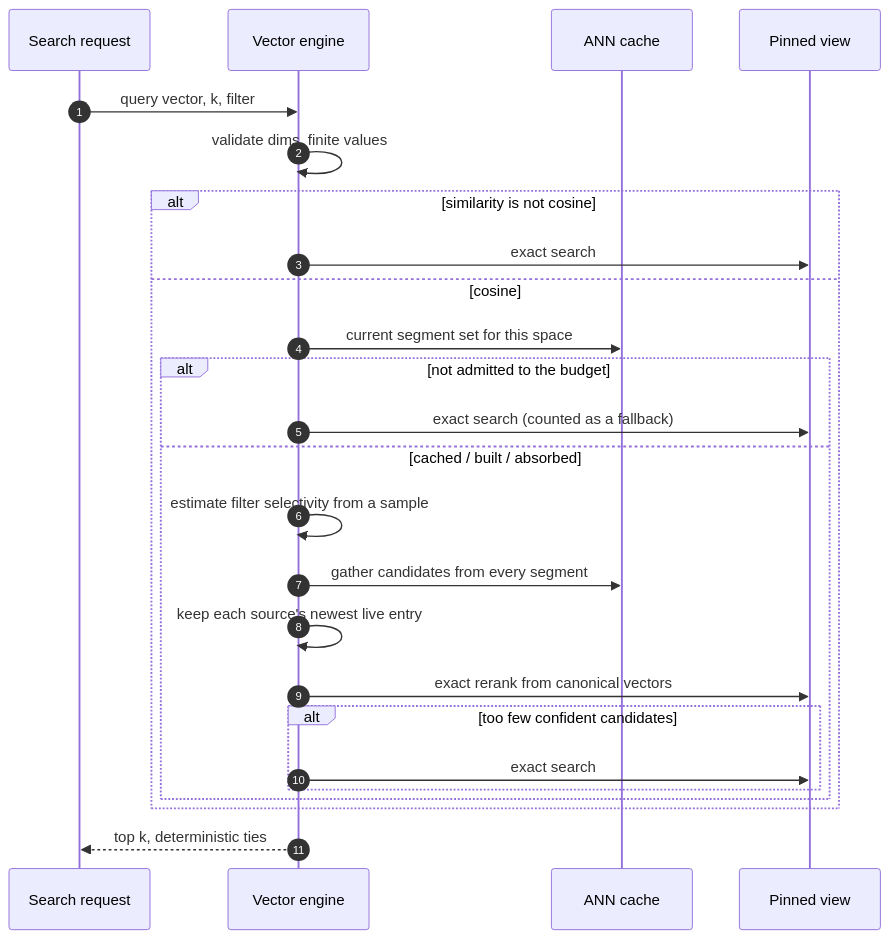
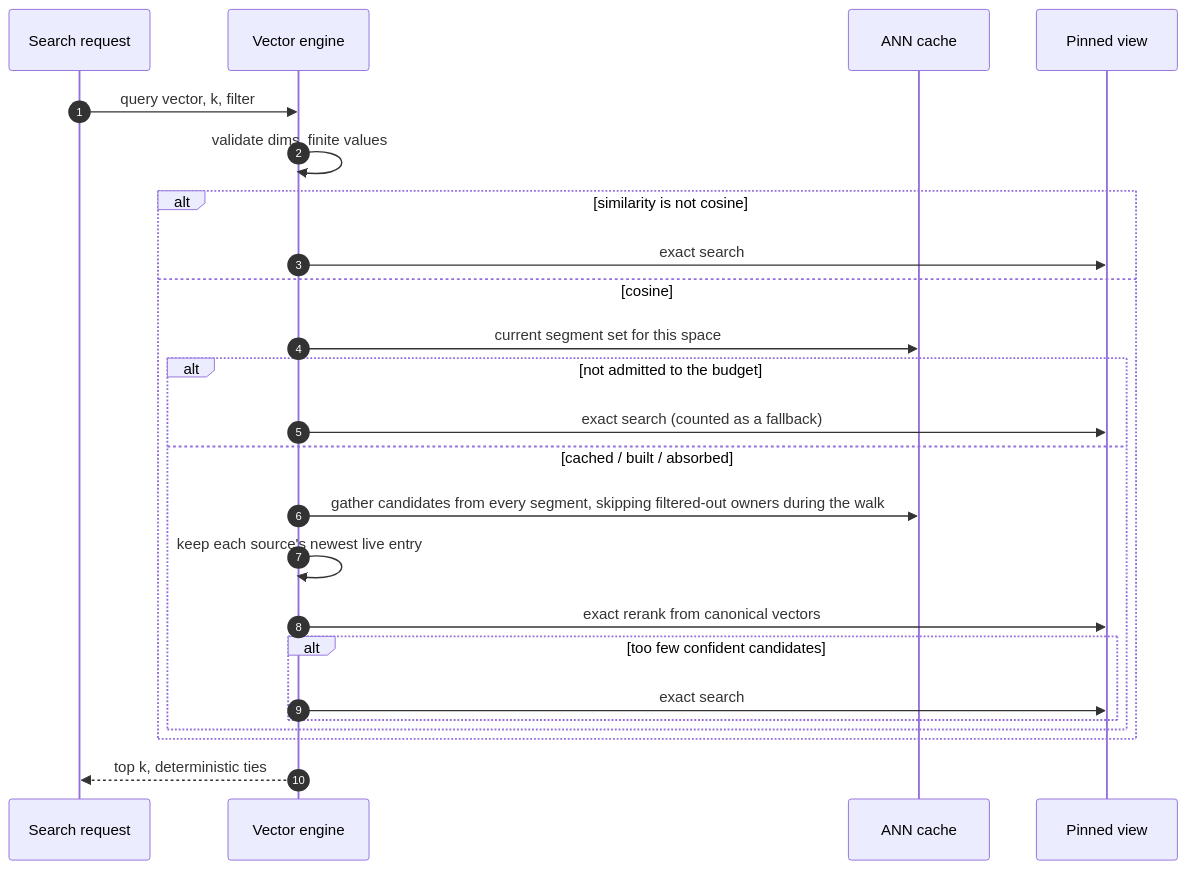
One commit to rush-db/rushdb changed the third of 3 diagrams in docs/manual/architecture/vector-internals.md. Above: the diagram before and after it, drawn with Mermaid. The commit also changed other lines of this file and 136 other files, not shown here.

````diff
--- a/docs/manual/architecture/vector-internals.md
+++ b/docs/manual/architecture/vector-internals.md
@@ -144,28 +182,27 @@
 ```mermaid
 sequenceDiagram
     autonumber
     participant Q as Search request
     participant E as Vector engine
     participant C as ANN cache
     participant V as Pinned view
 
     Q->>E: query vector, k, filter
     E->>E: validate dims, finite values
     alt similarity is not cosine
         E->>V: exact search
     else cosine
         E->>C: current segment set for this space
         alt not admitted to the budget
             E->>V: exact search (counted as a fallback)
         else cached / built / absorbed
-            E->>E: estimate filter selectivity from a sample
-            E->>C: gather candidates from every segment
+            E->>C: gather candidates from every segment, skipping filtered-out owners during the walk
             E->>E: keep each source's newest live entry
             E->>V: exact rerank from canonical vectors
             alt too few confident candidates
                 E->>V: exact search
             end
         end
     end
     E-->>Q: top k, deterministic ties
 ```
````
